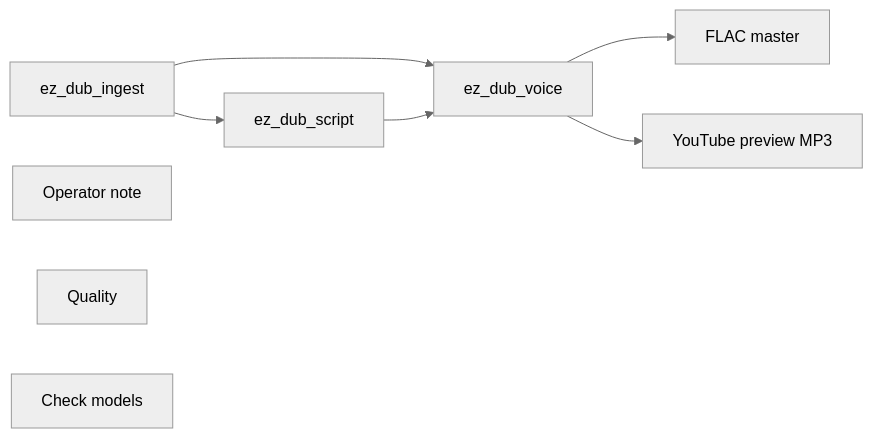
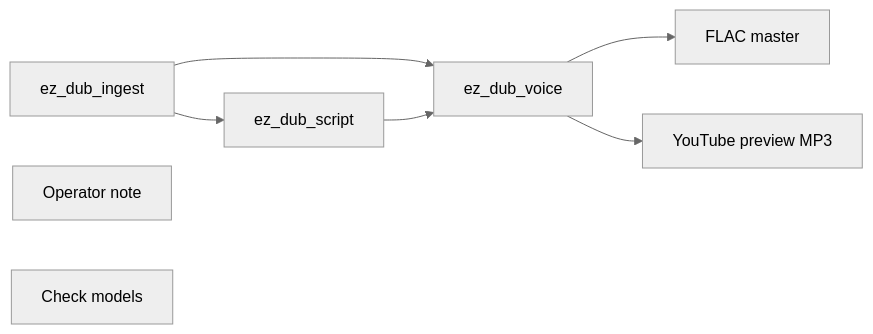
The diagram in docs/generated/workflows/audio/dub/clone-translate.md (toxicoder/ez-comfy-stack), drawn with Mermaid (neutral theme) before and after one commit. The commit also changed other lines of this file and 475 other files, not shown here.

````diff
--- a/docs/generated/workflows/audio/dub/clone-translate.md
+++ b/docs/generated/workflows/audio/dub/clone-translate.md
@@ -61,16 +61,15 @@
 ```mermaid
 flowchart LR
   N1["ez_dub_ingest"]
   N2["ez_dub_script"]
   N3["ez_dub_voice"]
   N4["FLAC master"]
   N5["YouTube preview MP3"]
   N6["Operator note"]
-  N7["Quality"]
   N8["Check models"]
   N1 --> N2
   N1 --> N3
   N2 --> N3
   N3 --> N4
   N3 --> N5
 ```
````
